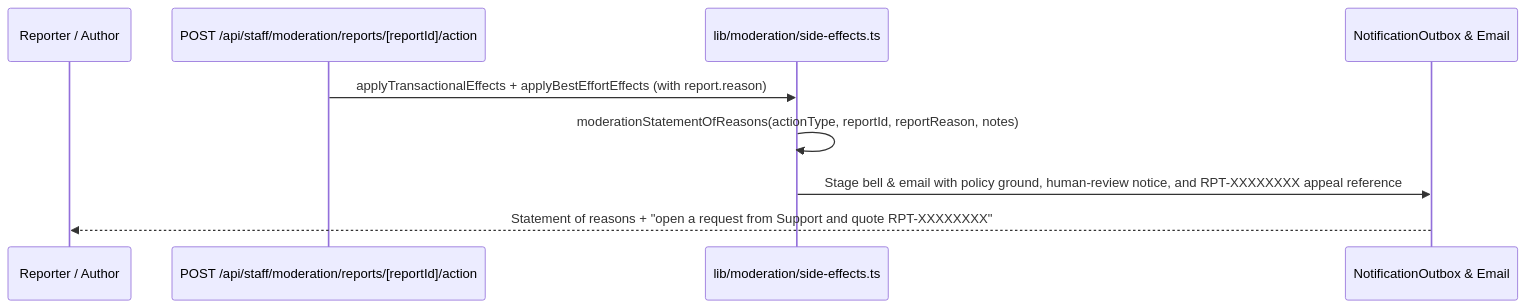
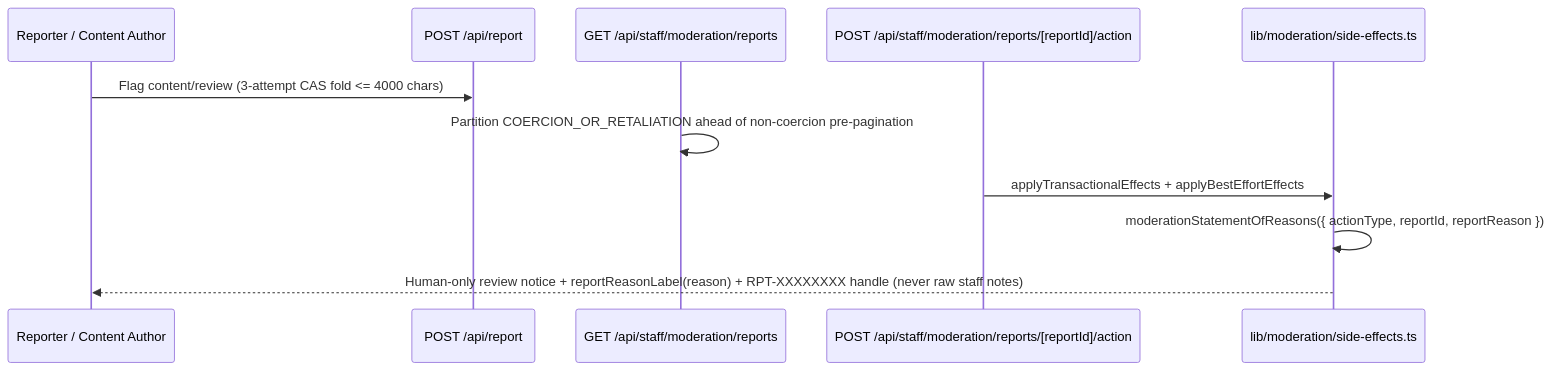
Before and after one commit to Practitionist/familiarise_web: the diagram in docs/compliance/10-consumer-protection-and-grievance.md, drawn with Mermaid. The commit also changed other lines of this file and 11 other files, not shown here.

Commit message:
fix(support): remove non-handler route export and complete support system docs & ADRs

````diff
--- a/docs/compliance/10-consumer-protection-and-grievance.md
+++ b/docs/compliance/10-consumer-protection-and-grievance.md
@@ -33,12 +34,14 @@
 ```mermaid
 sequenceDiagram
-    participant Reporter as Reporter / Author
-    participant API as POST /api/staff/moderation/reports/[reportId]/action
+    participant Reporter as Reporter / Content Author
+    participant ReportAPI as POST /api/report
+    participant ModQueue as GET /api/staff/moderation/reports
+    participant ActionAPI as POST /api/staff/moderation/reports/[reportId]/action
     participant SideEffects as lib/moderation/side-effects.ts
-    participant Outbox as NotificationOutbox & Email
 
-    API->>SideEffects: applyTransactionalEffects + applyBestEffortEffects (with report.reason)
-    SideEffects->>SideEffects: moderationStatementOfReasons(actionType, reportId, reportReason, notes)
-    SideEffects->>Outbox: Stage bell & email with policy ground, human-review notice, and RPT-XXXXXXXX appeal reference
-    Outbox-->>Reporter: Statement of reasons + "open a request from Support and quote RPT-XXXXXXXX"
+    Reporter->>ReportAPI: Flag content/review (3-attempt CAS fold <= 4000 chars)
+    ModQueue->>ModQueue: Partition COERCION_OR_RETALIATION ahead of non-coercion pre-pagination
+    ActionAPI->>SideEffects: applyTransactionalEffects + applyBestEffortEffects
+    SideEffects->>SideEffects: moderationStatementOfReasons({ actionType, reportId, reportReason })
+    SideEffects-->>Reporter: Human-only review notice + reportReasonLabel(reason) + RPT-XXXXXXXX handle (never raw staff notes)
 ```
````
